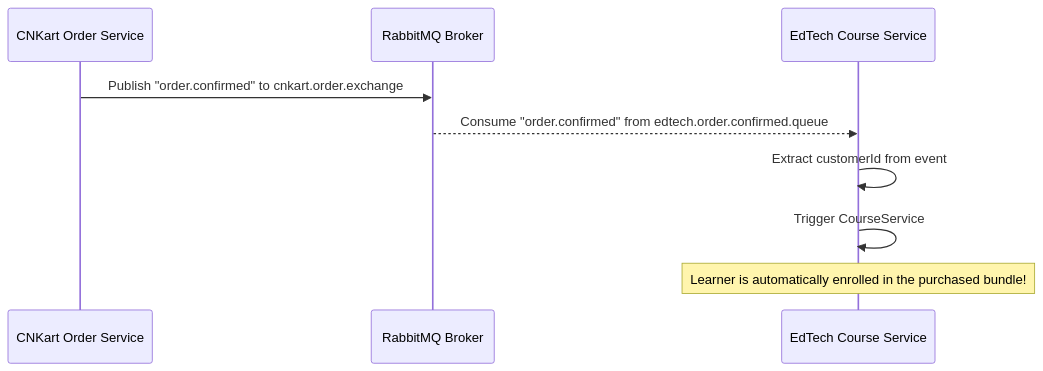
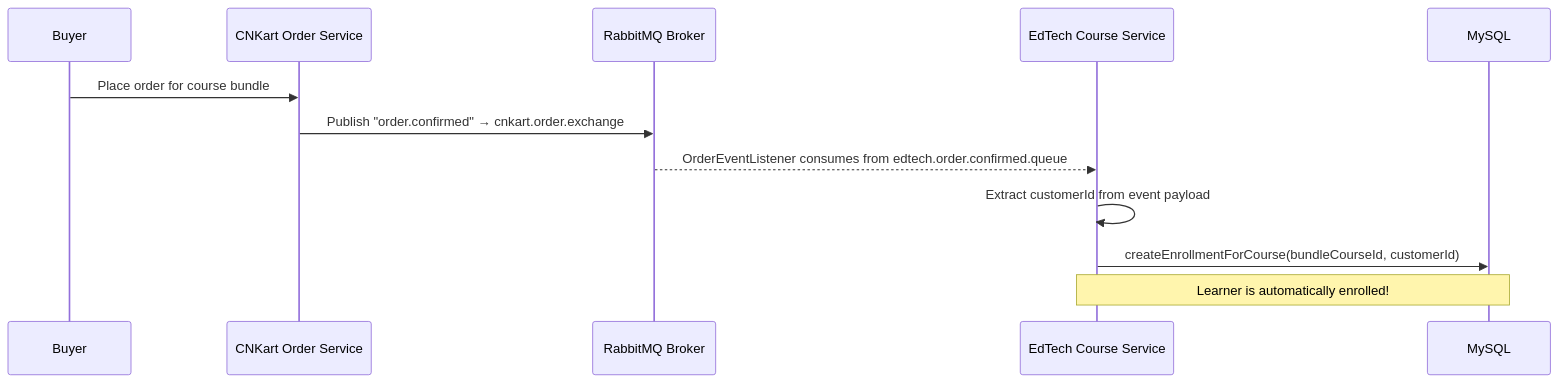
One commit to byte2code/course-service changed the fifth of 6 diagrams in README.md. Above: the diagram before and after it, drawn with Mermaid. The commit also changed other lines of this file, not shown here.

Commit message:
docs: Comprehensive README rewrite with full workflow diagrams and examples

````diff
--- a/README.md
+++ b/README.md
@@ -131,12 +314,15 @@
 ```mermaid
 sequenceDiagram
+    participant Buyer
     participant CNKart as CNKart Order Service
-    participant RabbitMQ as RabbitMQ Broker
+    participant Broker as RabbitMQ Broker
     participant EdTech as EdTech Course Service
-    
-    CNKart->>RabbitMQ: Publish "order.confirmed" to cnkart.order.exchange
-    RabbitMQ-->>EdTech: Consume "order.confirmed" from edtech.order.confirmed.queue
-    EdTech->>EdTech: Extract customerId from event
-    EdTech->>EdTech: Trigger CourseService#createEnrollmentForCourse
-    Note over EdTech: Learner is automatically enrolled in the purchased bundle!
+    participant DB as MySQL
+
+    Buyer->>CNKart: Place order for course bundle
+    CNKart->>Broker: Publish "order.confirmed" → cnkart.order.exchange
+    Broker-->>EdTech: OrderEventListener consumes from edtech.order.confirmed.queue
+    EdTech->>EdTech: Extract customerId from event payload
+    EdTech->>DB: createEnrollmentForCourse(bundleCourseId, customerId)
+    Note over EdTech,DB: Learner is automatically enrolled!
 ```
````
